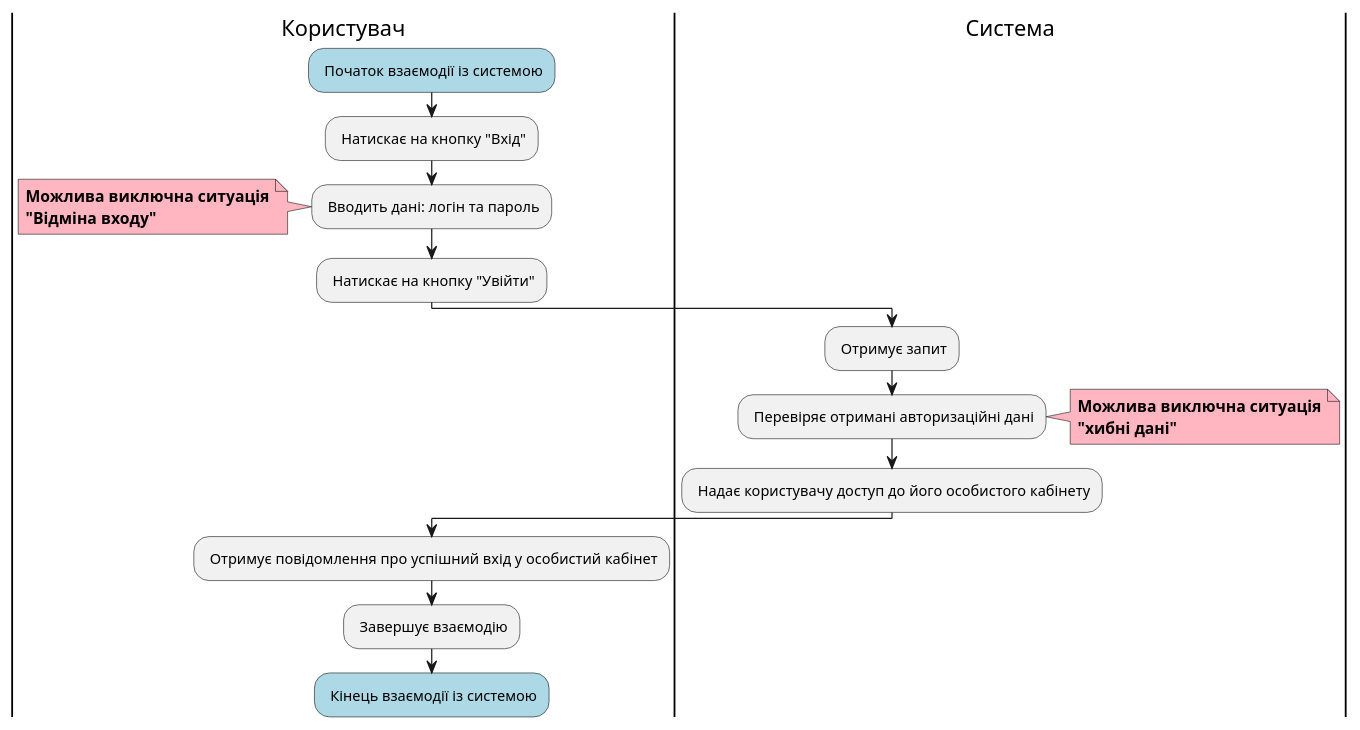
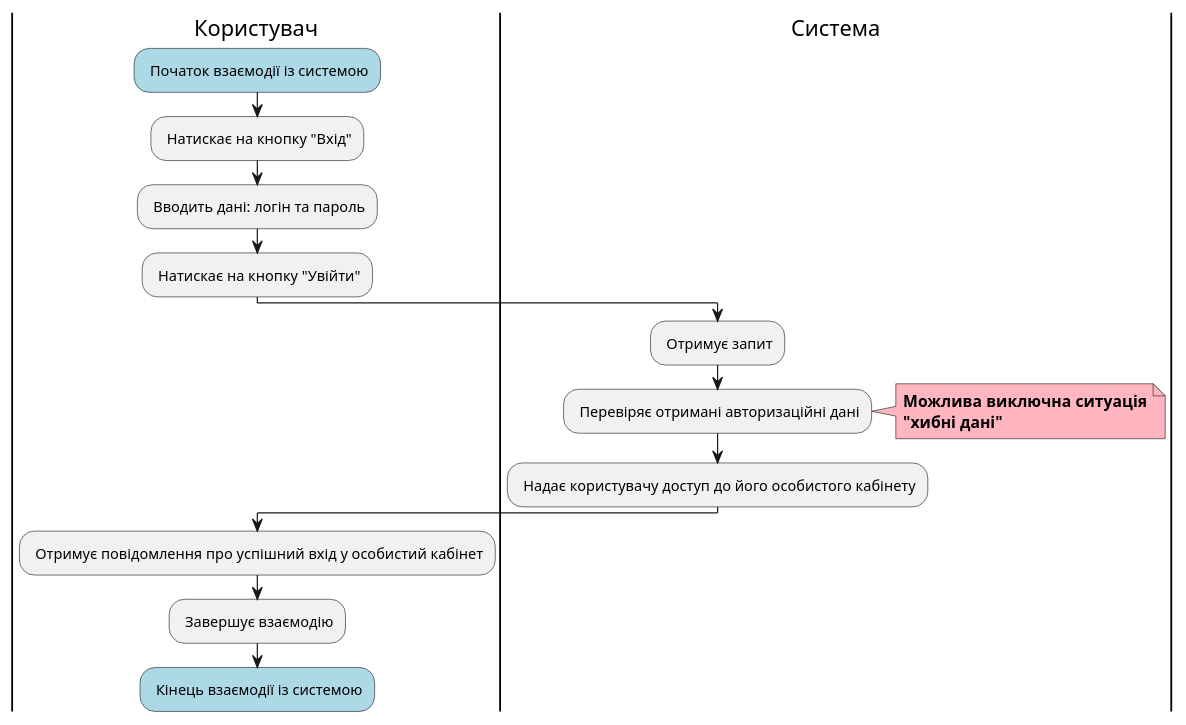
Before and after one commit to kujo205/db_labs: the sixth of 12 diagrams in docs/use cases/README.md, drawn with PlantUML. The commit also changed other lines of this file, not shown here.

```diff
--- a/docs/use cases/README.md
+++ b/docs/use cases/README.md
@@ -221,30 +213,24 @@
 @startuml
 
   |Користувач|
   #lightblue : Початок взаємодії із системою; 
   : Натискає на кнопку "Вхід";
   : Вводить дані: логін та пароль;
-
-  note left #lightpink
-    <b>Можлива виключна ситуація</b>
-    <b>"Відміна входу"</b>
-  end note
-
   : Натискає на кнопку "Увійти";
 
 
   |Система|
   : Отримує запит;
   : Перевіряє отримані авторизаційні дані;
     note right #lightpink
       <b>Можлива виключна ситуація</b>
       <b>"хибні дані"</b>
     end note
   : Надає користувачу доступ до його особистого кабінету;
 
   |Користувач|
   : Отримує повідомлення про успішний вхід у особистий кабінет;
   : Завершує взаємодію;
   #lightblue : Кінець взаємодії із системою;
 
 @enduml
```
